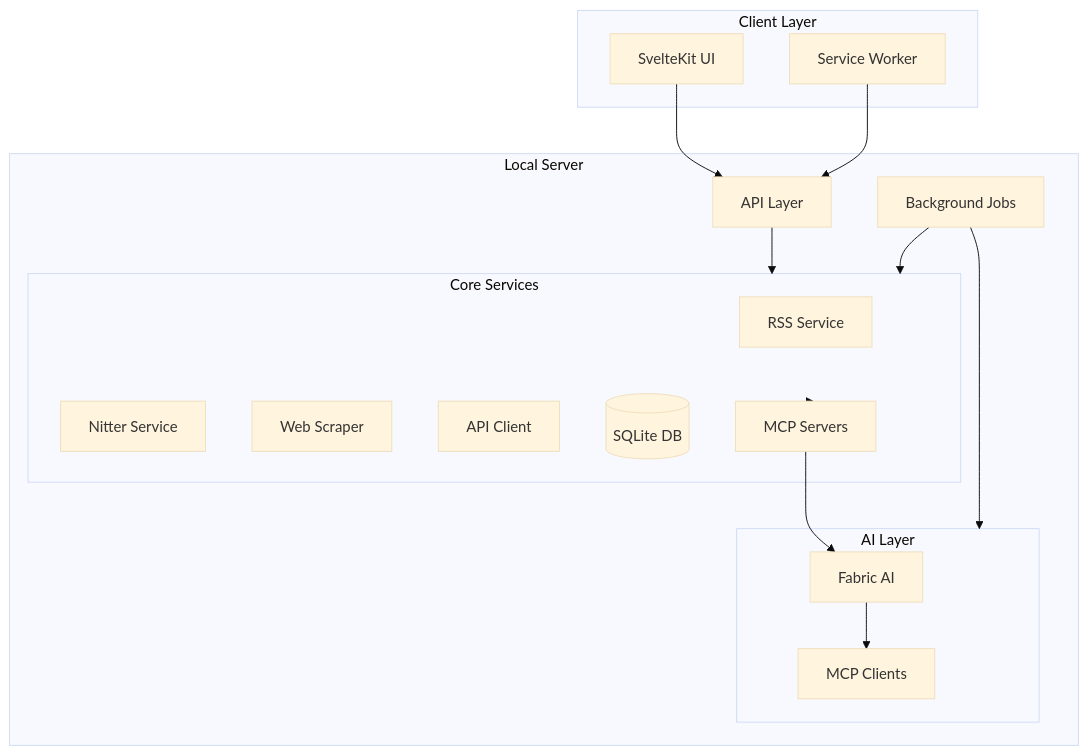
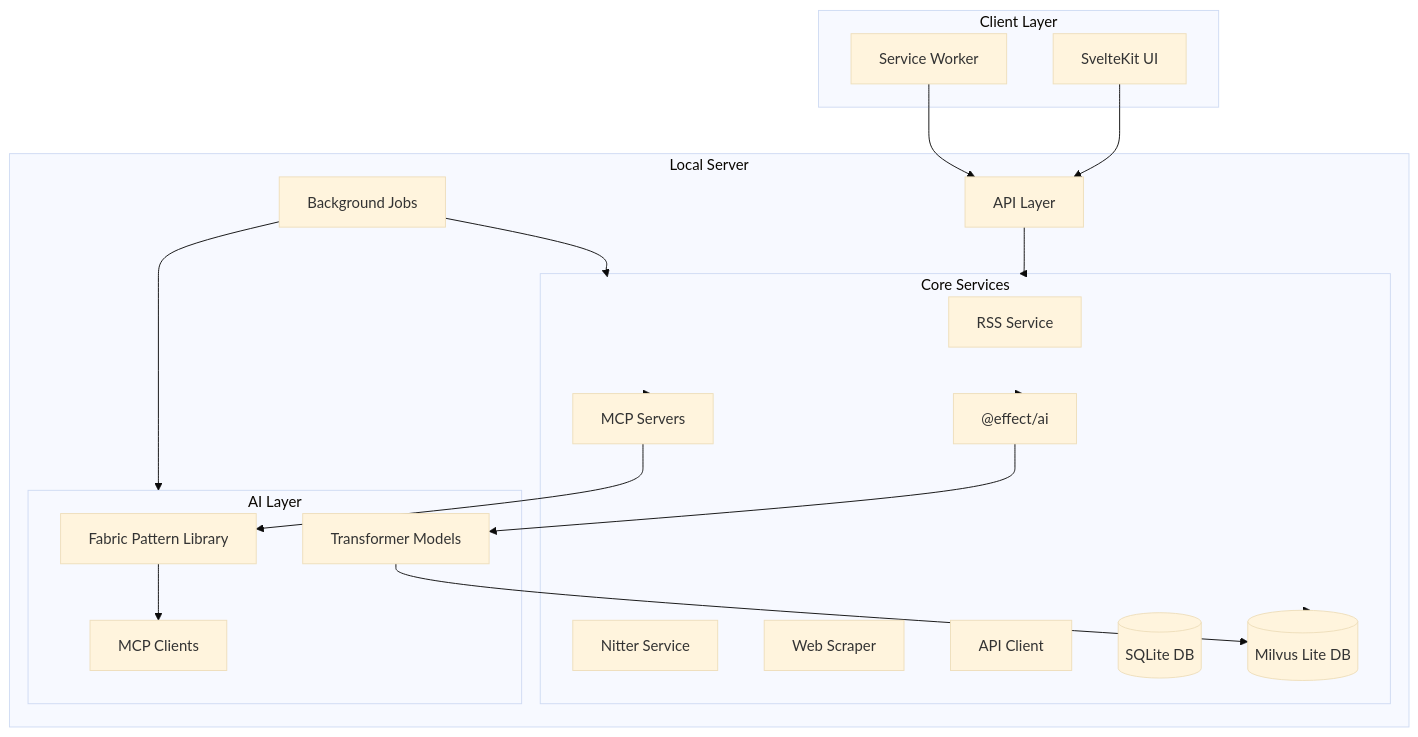
The first of 4 diagrams in documentation/technical-specs.md (caramoussin/webinsight), drawn with Mermaid (base theme) before and after one commit. The commit also changed other lines of this file and 7 other files, not shown here.

First line of the commit message:
feat: Integrate transformers, @effect/ai, and Milvus Lite into WebInsight architecture

````diff
--- a/documentation/technical-specs.md
+++ b/documentation/technical-specs.md
@@ -222,31 +242,38 @@
 ```mermaid
 graph TB
     subgraph Client["Client Layer"]
         UI[SvelteKit UI]
         SW[Service Worker]
     end
     subgraph Server["Local Server"]
         API[API Layer]
         BG[Background Jobs]
         subgraph Core["Core Services"]
             RSS[RSS Service]
             NIT[Nitter Service]
             WS[Web Scraper]
             APIC[API Client]
             DB[(SQLite DB)]
+            MDB[(Milvus Lite DB)]
             MCP[MCP Servers]
+            EffectAI["@effect/ai"]
         end
         subgraph AI["AI Layer"]
-            FA[Fabric AI]
+            FP["Fabric Pattern Library"]
             MCP_C[MCP Clients]
+            TF["Transformer Models"]
         end
     end
     UI --> API
     SW --> API
     API --> Core
     Core --> MCP
-    MCP --> FA
-    FA --> MCP_C
+    Core --> MDB
+    Core --> EffectAI
+    EffectAI --> TF
+    MCP --> FP
+    FP --> MCP_C
     BG --> Core
     BG --> AI
+    TF --> MDB
 ```
````
